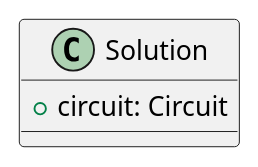
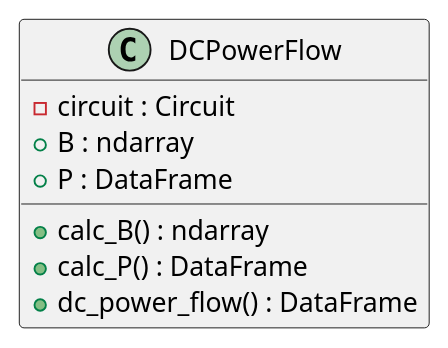
Diagram 15 of 18 in project2.plantuml (JLipnerPitt/ECE2774-ADV-POWER-SYSTEMS-ANALYSIS), drawn with PlantUML before and after one commit. The commit also changed other lines of this file and 4 other files, not shown here.

```diff
--- a/project2.plantuml
+++ b/project2.plantuml
@@ -129,5 +272,11 @@
-@startuml Solution
-class Solution {
-    +circuit: Circuit
+@startuml DCPowerFlow
+class DCPowerFlow {
+    - circuit : Circuit
+    + B : ndarray
+    + P : DataFrame
+
+    + calc_B() : ndarray
+    + calc_P() : DataFrame
+    + dc_power_flow() : DataFrame
 }
 @enduml
```
